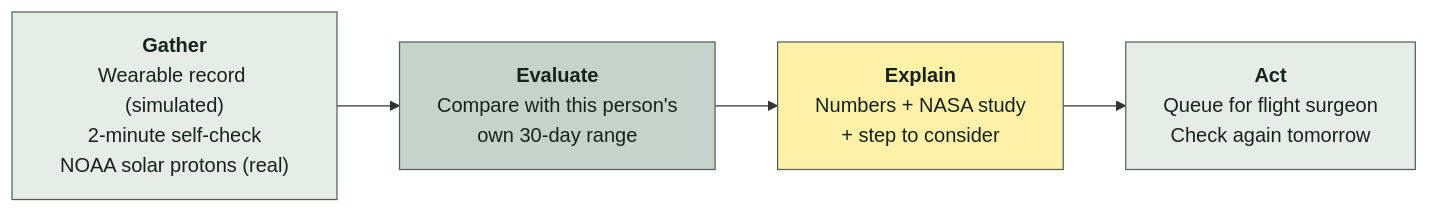
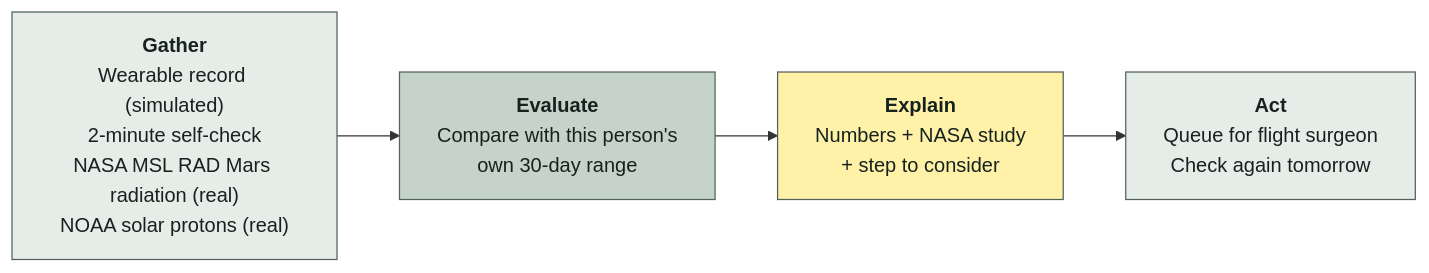
One commit to obsidianprimeofficial-alt/baseline changed the first of 2 diagrams in README.md. Above: the diagram before and after it, drawn with Mermaid. The commit also changed other lines of this file and 5 other files, not shown here.

Commit message:
Fix the record: README, DESIGN.md and replay sources match the app (real feeds, demo numbers, one false-flag run, https event list, team roles)

````diff
--- a/README.md
+++ b/README.md
@@ -23,10 +23,10 @@
 ```mermaid
 flowchart LR
-    A["<b>Gather</b><br/>Wearable record (simulated)<br/>2-minute self-check<br/>NOAA solar protons (real)"] --> B["<b>Evaluate</b><br/>Compare with this person's<br/>own 30-day range"]
+    A["<b>Gather</b><br/>Wearable record (simulated)<br/>2-minute self-check<br/>NASA MSL RAD Mars radiation (real)<br/>NOAA solar protons (real)"] --> B["<b>Evaluate</b><br/>Compare with this person's<br/>own 30-day range"]
     B --> C["<b>Explain</b><br/>Numbers + NASA study<br/>+ step to consider"]
     C --> D["<b>Act</b><br/>Queue for flight surgeon<br/>Check again tomorrow"]
     style A fill:#E6ECE8,stroke:#52625B,color:#16221E
     style B fill:#C5D3CA,stroke:#52625B,color:#16221E
     style C fill:#FFF1A8,stroke:#52625B,color:#16221E
     style D fill:#E6ECE8,stroke:#52625B,color:#16221E
 ```
````
